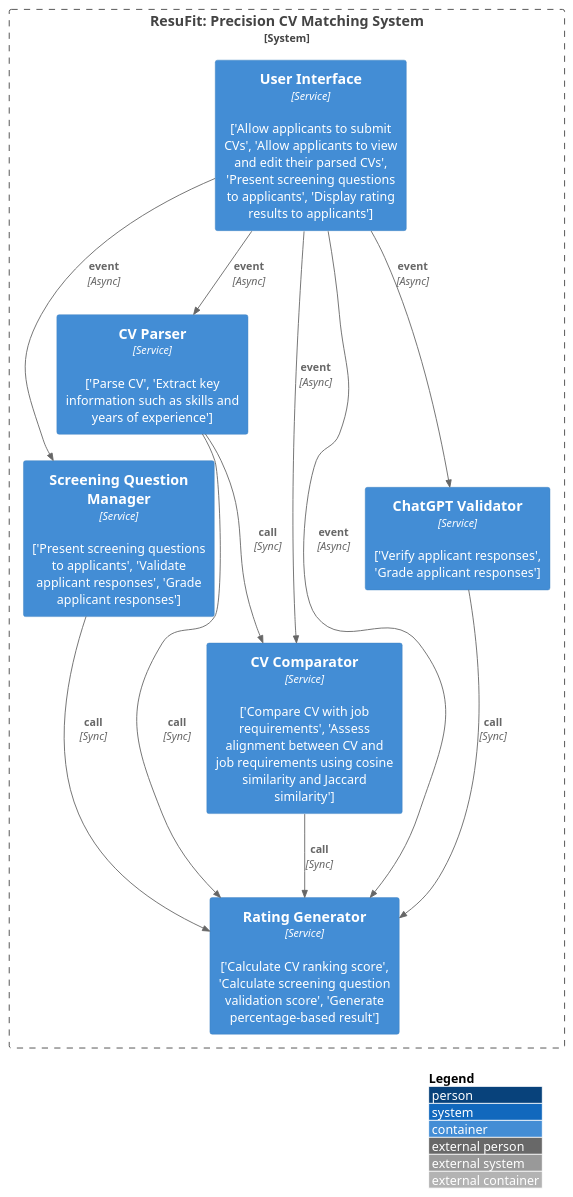
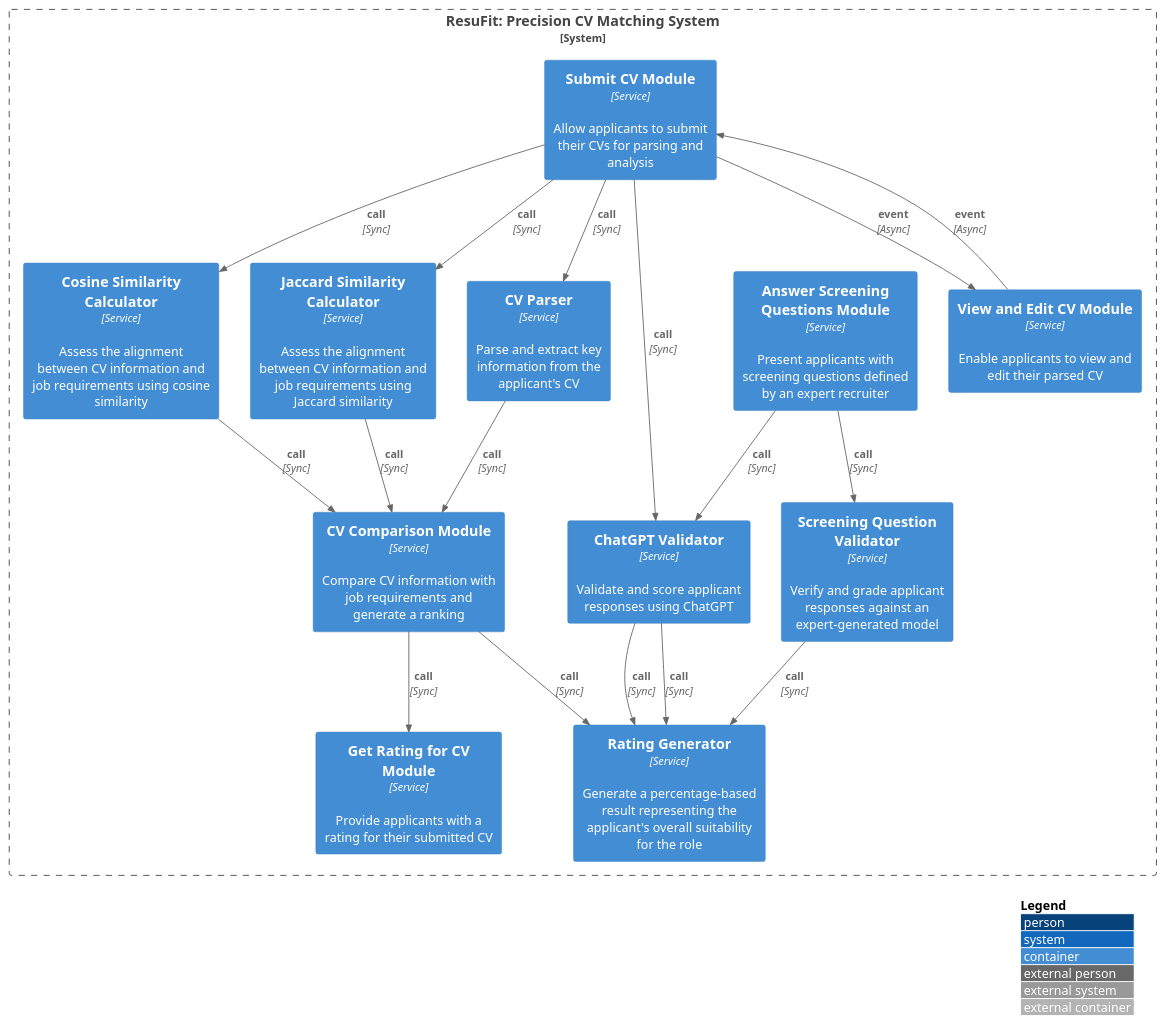
Before and after one commit to hanaAbdelwahab/GPARCHIMIND: the diagram in data/outputs/architecture_c4.puml, drawn with PlantUML. The commit also changed 21 other files, not shown here.

```diff
--- a/data/outputs/architecture_c4.puml
+++ b/data/outputs/architecture_c4.puml
@@ -1,22 +1,33 @@
 @startuml
 !include https://raw.githubusercontent.com/plantuml-stdlib/C4-PlantUML/master/C4_Container.puml
 LAYOUT_WITH_LEGEND()
 System_Boundary(ResuFitPrecisionCVMatchingSystem, "ResuFit: Precision CV Matching System") {
-  Container(CVParser, "CV Parser", "Service", "['Parse CV', 'Extract key information such as skills and years of experience']")
-  Container(ScreeningQuestionManager, "Screening Question Manager", "Service", "['Present screening questions to applicants', 'Validate applicant responses', 'Grade applicant responses']")
-  Container(RatingGenerator, "Rating Generator", "Service", "['Calculate CV ranking score', 'Calculate screening question validation score', 'Generate percentage-based result']")
-  Container(CVComparator, "CV Comparator", "Service", "['Compare CV with job requirements', 'Assess alignment between CV and job requirements using cosine similarity and Jaccard similarity']")
-  Container(ChatGPTValidator, "ChatGPT Validator", "Service", "['Verify applicant responses', 'Grade applicant responses']")
-  Container(UserInterface, "User Interface", "Service", "['Allow applicants to submit CVs', 'Allow applicants to view and edit their parsed CVs', 'Present screening questions to applicants', 'Display rating results to applicants']")
+  Container(CVParser, "CV Parser", "Service", "Parse and extract key information from the applicant's CV")
+  Container(ScreeningQuestionValidator, "Screening Question Validator", "Service", "Verify and grade applicant responses against an expert-generated model")
+  Container(CosineSimilarityCalculator, "Cosine Similarity Calculator", "Service", "Assess the alignment between CV information and job requirements using cosine similarity")
+  Container(JaccardSimilarityCalculator, "Jaccard Similarity Calculator", "Service", "Assess the alignment between CV information and job requirements using Jaccard similarity")
+  Container(RatingGenerator, "Rating Generator", "Service", "Generate a percentage-based result representing the applicant's overall suitability for the role")
+  Container(CVComparisonModule, "CV Comparison Module", "Service", "Compare CV information with job requirements and generate a ranking")
+  Container(ChatGPTValidator, "ChatGPT Validator", "Service", "Validate and score applicant responses using ChatGPT")
+  Container(SubmitCVModule, "Submit CV Module", "Service", "Allow applicants to submit their CVs for parsing and analysis")
+  Container(ViewandEditCVModule, "View and Edit CV Module", "Service", "Enable applicants to view and edit their parsed CV")
+  Container(AnswerScreeningQuestionsModule, "Answer Screening Questions Module", "Service", "Present applicants with screening questions defined by an expert recruiter")
+  Container(GetRatingforCVModule, "Get Rating for CV Module", "Service", "Provide applicants with a rating for their submitted CV")
 }
-Rel(CVParser, CVComparator, "call", "Sync")
-Rel(CVParser, RatingGenerator, "call", "Sync")
-Rel(CVComparator, RatingGenerator, "call", "Sync")
-Rel(ScreeningQuestionManager, RatingGenerator, "call", "Sync")
+Rel(SubmitCVModule, CVParser, "call", "Sync")
+Rel(CVParser, CVComparisonModule, "call", "Sync")
+Rel(CVComparisonModule, RatingGenerator, "call", "Sync")
+Rel(CVComparisonModule, GetRatingforCVModule, "call", "Sync")
+Rel(SubmitCVModule, ViewandEditCVModule, "event", "Async")
+Rel(ViewandEditCVModule, SubmitCVModule, "event", "Async")
+Rel(AnswerScreeningQuestionsModule, ScreeningQuestionValidator, "call", "Sync")
+Rel(ScreeningQuestionValidator, RatingGenerator, "call", "Sync")
+Rel(SubmitCVModule, ChatGPTValidator, "call", "Sync")
 Rel(ChatGPTValidator, RatingGenerator, "call", "Sync")
-Rel(UserInterface, CVParser, "event", "Async")
-Rel(UserInterface, ScreeningQuestionManager, "event", "Async")
-Rel(UserInterface, ChatGPTValidator, "event", "Async")
-Rel(UserInterface, RatingGenerator, "event", "Async")
-Rel(UserInterface, CVComparator, "event", "Async")
+Rel(SubmitCVModule, CosineSimilarityCalculator, "call", "Sync")
+Rel(CosineSimilarityCalculator, CVComparisonModule, "call", "Sync")
+Rel(SubmitCVModule, JaccardSimilarityCalculator, "call", "Sync")
+Rel(JaccardSimilarityCalculator, CVComparisonModule, "call", "Sync")
+Rel(AnswerScreeningQuestionsModule, ChatGPTValidator, "call", "Sync")
+Rel(ChatGPTValidator, RatingGenerator, "call", "Sync")
 @enduml
```
